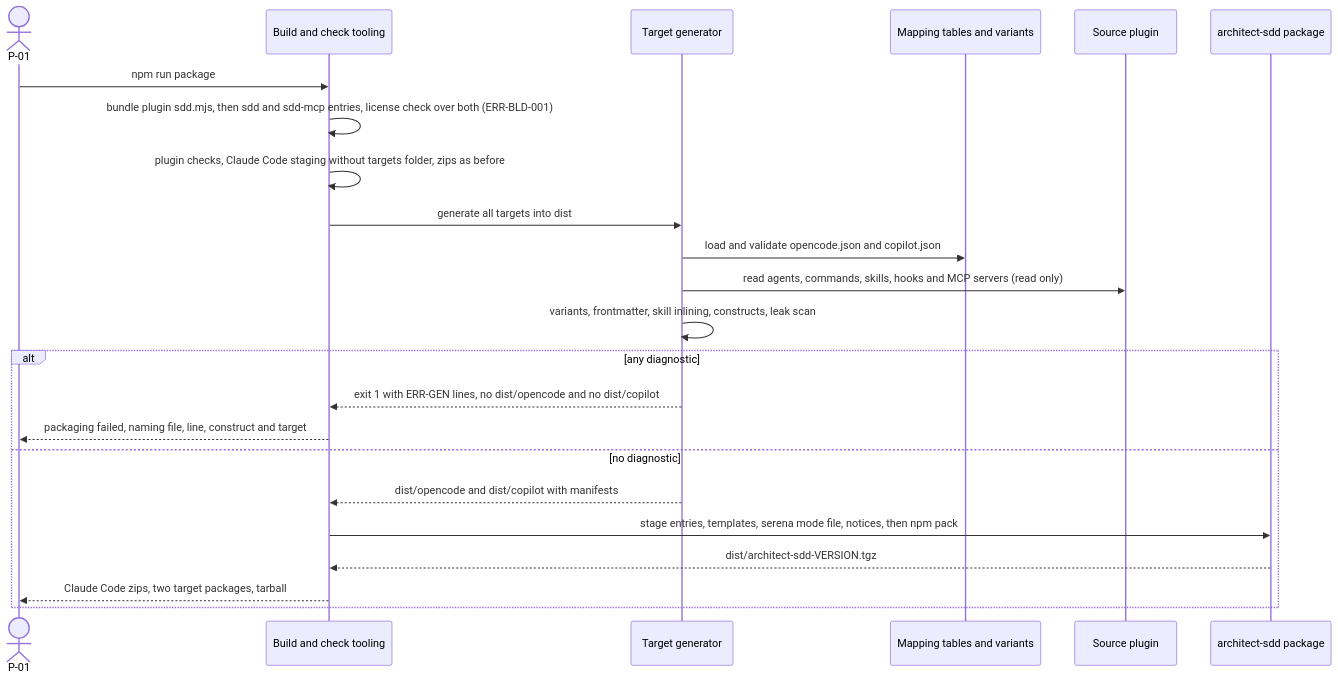
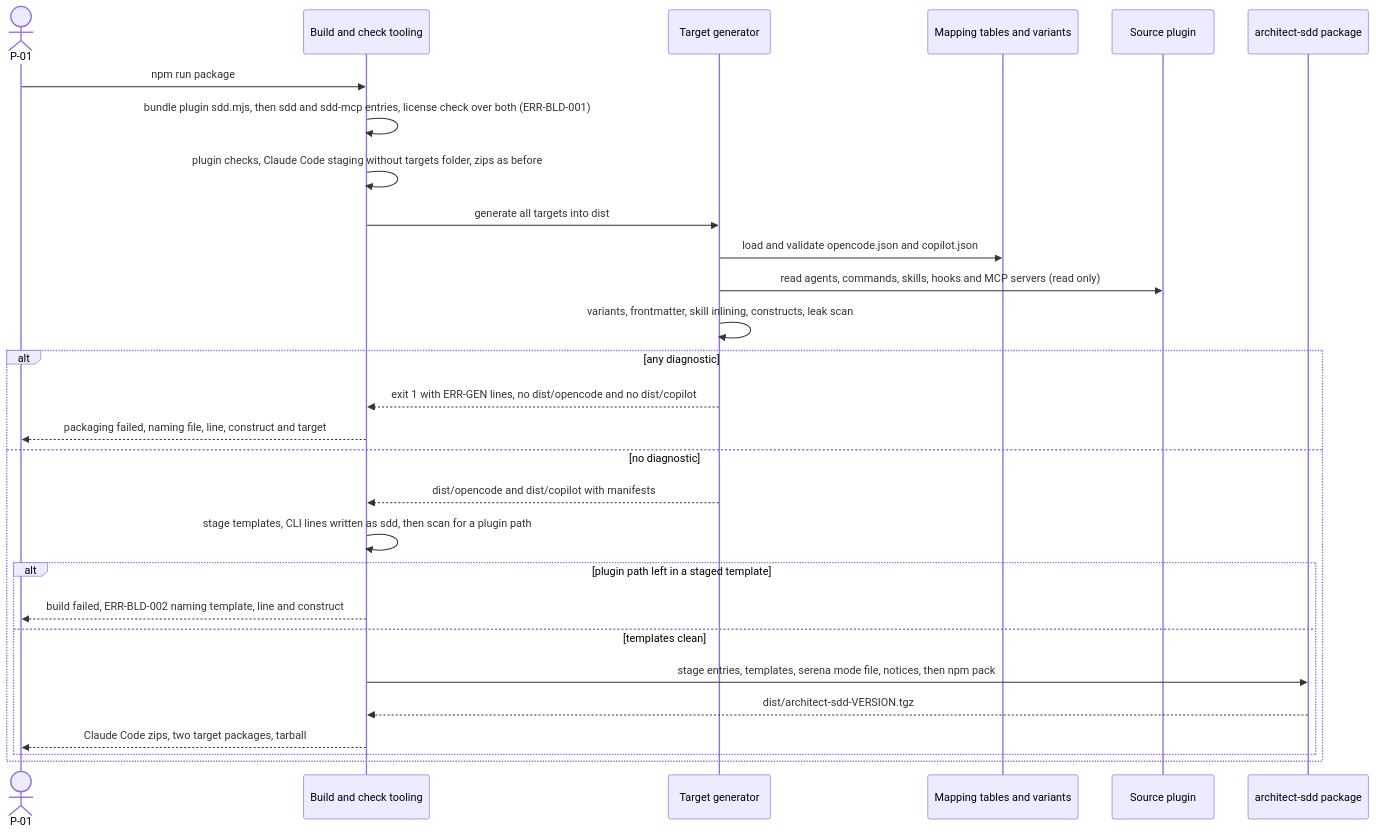
One commit to jlacube/spec-architect changed the second of 14 diagrams in .sdd/002-multi-platform-targets/10-spec/60-architecture/architecture.md. Above: the diagram before and after it, drawn with Mermaid. The commit also changed other lines of this file and 20 other files, not shown here.

Commit message:
CHG-002: Spec critic fixes (architect) — 19 findings incl. CR-1 per-mechanism replay, serena command confinement, interface and check codes

````diff
--- a/.sdd/002-multi-platform-targets/10-spec/60-architecture/architecture.md
+++ b/.sdd/002-multi-platform-targets/10-spec/60-architecture/architecture.md
@@ -398,26 +409,31 @@
 ```mermaid
 sequenceDiagram
-  %% F1 generation and packaging. Realizes C002-TS-101 C002-TS-102 C002-TS-103 C002-TS-104 C002-TS-106 C002-TS-108 C002-TS-119 C002-TS-417 C002-TS-503
+  %% F1 generation and packaging. Realizes C002-TS-101 C002-TS-102 C002-TS-103 C002-TS-104 C002-TS-106 C002-TS-108 C002-TS-119 C002-TS-417 C002-TS-503 C002-TS-519 C002-TS-529 C002-TS-530
   actor P01 as P-01
   participant C002_COMP_013 as Build and check tooling
   participant C002_COMP_001 as Target generator
   participant C002_COMP_002 as Mapping tables and variants
   participant C002_COMP_017 as Source plugin
   participant C002_COMP_006 as architect-sdd package
   P01->>C002_COMP_013: npm run package
   C002_COMP_013->>C002_COMP_013: bundle plugin sdd.mjs, then sdd and sdd-mcp entries, license check over both (ERR-BLD-001)
   C002_COMP_013->>C002_COMP_013: plugin checks, Claude Code staging without targets folder, zips as before
   C002_COMP_013->>C002_COMP_001: generate all targets into dist
   C002_COMP_001->>C002_COMP_002: load and validate opencode.json and copilot.json
   C002_COMP_001->>C002_COMP_017: read agents, commands, skills, hooks and MCP servers (read only)
   C002_COMP_001->>C002_COMP_001: variants, frontmatter, skill inlining, constructs, leak scan
   alt any diagnostic
     C002_COMP_001-->>C002_COMP_013: exit 1 with ERR-GEN lines, no dist/opencode and no dist/copilot
     C002_COMP_013-->>P01: packaging failed, naming file, line, construct and target
   else no diagnostic
     C002_COMP_001-->>C002_COMP_013: dist/opencode and dist/copilot with manifests
-    C002_COMP_013->>C002_COMP_006: stage entries, templates, serena mode file, notices, then npm pack
-    C002_COMP_006-->>C002_COMP_013: dist/architect-sdd-VERSION.tgz
-    C002_COMP_013-->>P01: Claude Code zips, two target packages, tarball
+    C002_COMP_013->>C002_COMP_013: stage templates, CLI lines written as sdd, then scan for a plugin path
+    alt plugin path left in a staged template
+      C002_COMP_013-->>P01: build failed, ERR-BLD-002 naming template, line and construct
+    else templates clean
+      C002_COMP_013->>C002_COMP_006: stage entries, templates, serena mode file, notices, then npm pack
+      C002_COMP_006-->>C002_COMP_013: dist/architect-sdd-VERSION.tgz
+      C002_COMP_013-->>P01: Claude Code zips, two target packages, tarball
+    end
   end
 ```
````
